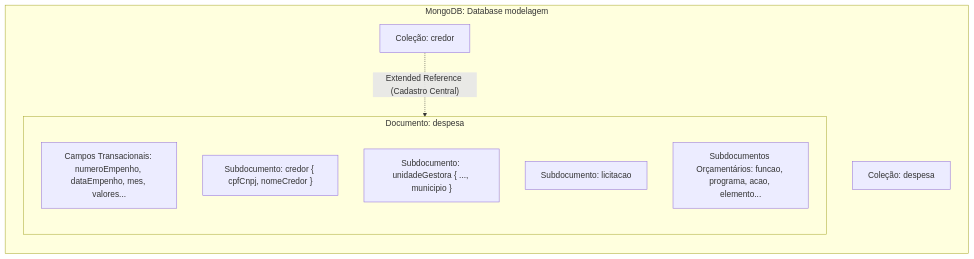
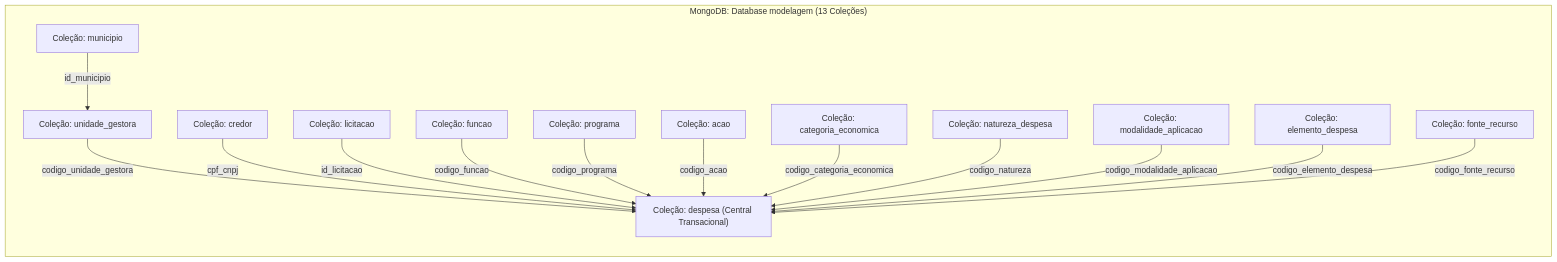
The second of 2 diagrams in README.md (neryguilherme/modelagem), drawn with Mermaid before and after one commit. The commit also changed other lines of this file and 14 other files, not shown here.

````diff
--- a/README.md
+++ b/README.md
@@ -445,19 +560,33 @@
 ```mermaid
 graph TD
-    subgraph "MongoDB: Database modelagem"
+    subgraph "MongoDB: Database modelagem (13 Coleções)"
         direction TB
-        C["Coleção: credor"]
-        D["Coleção: despesa"]
+        despesa["Coleção: despesa (Central Transacional)"]
         
-        subgraph "Documento: despesa"
-            direction TB
-            D1["Campos Transacionais: numeroEmpenho, dataEmpenho, mes, valores..."]
-            D2["Subdocumento: credor { cpfCnpj, nomeCredor }"]
-            D3["Subdocumento: unidadeGestora { ..., municipio }"]
-            D4["Subdocumento: licitacao"]
-            D5["Subdocumentos Orçamentários: funcao, programa, acao, elemento..."]
-        end
+        municipio["Coleção: municipio"]
+        unidade_gestora["Coleção: unidade_gestora"]
+        credor["Coleção: credor"]
+        licitacao["Coleção: licitacao"]
+        funcao["Coleção: funcao"]
+        programa["Coleção: programa"]
+        acao["Coleção: acao"]
+        categoria_economica["Coleção: categoria_economica"]
+        natureza_despesa["Coleção: natureza_despesa"]
+        modalidade_aplicacao["Coleção: modalidade_aplicacao"]
+        elemento_despesa["Coleção: elemento_despesa"]
+        fonte_recurso["Coleção: fonte_recurso"]
+        
+        municipio -->|"id_municipio"| unidade_gestora
+        unidade_gestora -->|"codigo_unidade_gestora"| despesa
+        credor -->|"cpf_cnpj"| despesa
+        licitacao -->|"id_licitacao"| despesa
+        funcao -->|"codigo_funcao"| despesa
+        programa -->|"codigo_programa"| despesa
+        acao -->|"codigo_acao"| despesa
+        categoria_economica -->|"codigo_categoria_economica"| despesa
+        natureza_despesa -->|"codigo_natureza"| despesa
+        modalidade_aplicacao -->|"codigo_modalidade_aplicacao"| despesa
+        elemento_despesa -->|"codigo_elemento_despesa"| despesa
+        fonte_recurso -->|"codigo_fonte_recurso"| despesa
     end
-    
-    C -. "Extended Reference (Cadastro Central)" .-> D2
 ```
````
